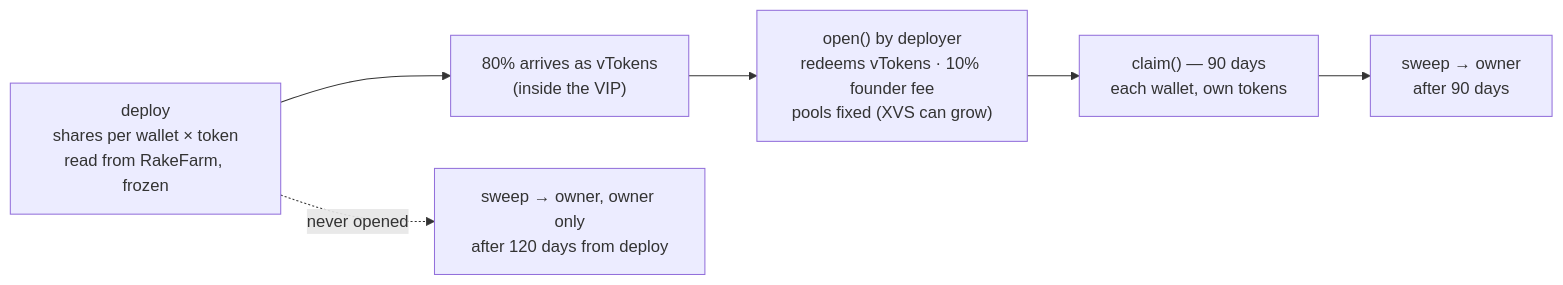
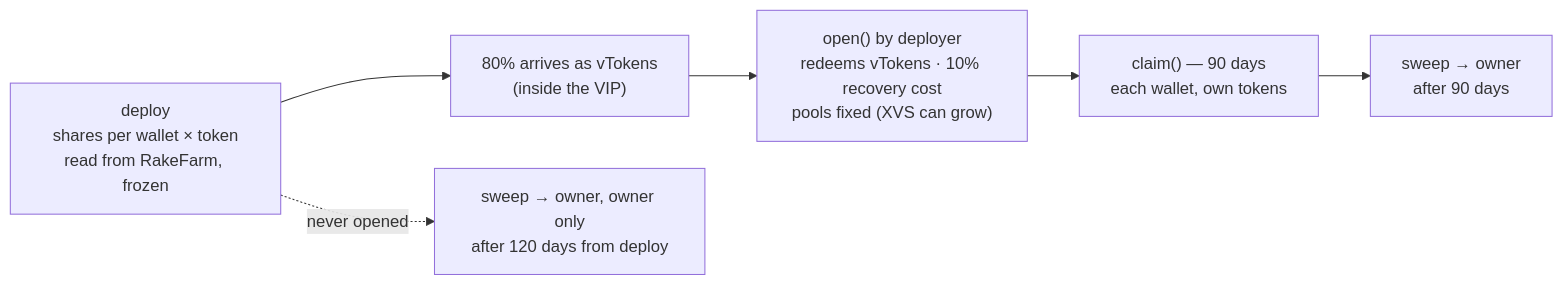
The fourth of 5 diagrams in APPENDIX.md (Lefgk/rake-venus-proposal-short), drawn with Mermaid before and after one commit. The commit also changed other lines of this file and 2 other files, not shown here.

Commit message:
10% labelled recovery cost; announce in @forexsharkcalls

````diff
--- a/APPENDIX.md
+++ b/APPENDIX.md
@@ -103,8 +103,8 @@
 ```mermaid
 flowchart LR
     D["deploy<br/>shares per wallet × token<br/>read from RakeFarm, frozen"] --> F["80% arrives as vTokens<br/>(inside the VIP)"]
-    F --> O["open() by deployer<br/>redeems vTokens · 10% founder fee<br/>pools fixed (XVS can grow)"]
+    F --> O["open() by deployer<br/>redeems vTokens · 10% recovery cost<br/>pools fixed (XVS can grow)"]
     O --> C["claim() — 90 days<br/>each wallet, own tokens"]
     C --> S["sweep → owner<br/>after 90 days"]
     D -. "never opened" .-> E["sweep → owner, owner only<br/>after 120 days from deploy"]
 ```
````
